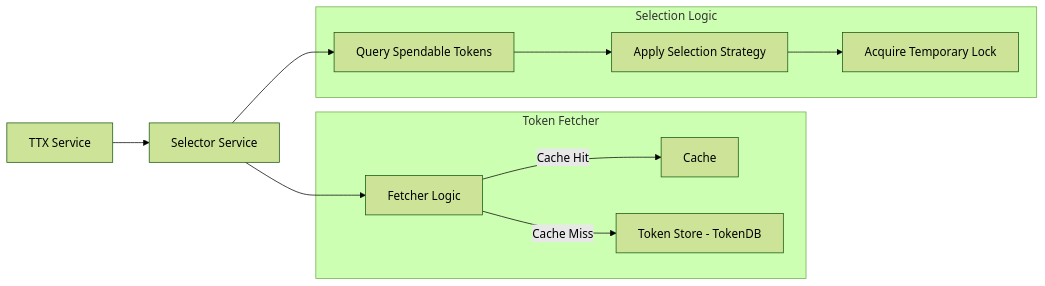
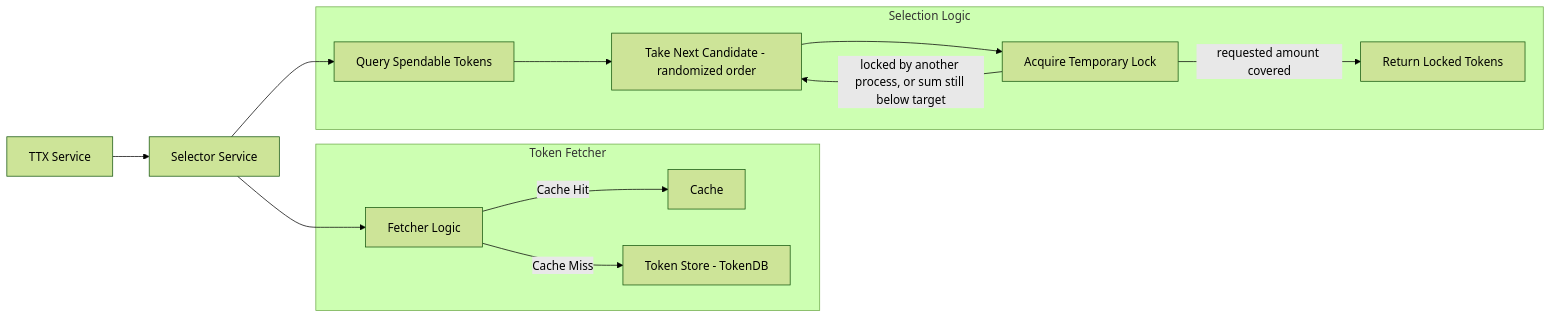
One commit to LFDT-Panurus/panurus changed the diagram in docs/services/selector.md. Above: the diagram before and after it, drawn with Mermaid (forest theme). The commit also changed other lines of this file and 1 other file, not shown here.

First line of the commit message:
docs(selector): describe the actual selection algorithm

````diff
--- a/docs/services/selector.md
+++ b/docs/services/selector.md
@@ -16,21 +16,24 @@
 ```mermaid
 graph LR
     TTX[TTX Service] --> Selector[Selector Service]
     
     subgraph "Token Fetcher"
         Fetcher[Fetcher Logic]
         Fetcher -->|Cache Hit| Cache[Cache]
         Fetcher -->|Cache Miss| TokenDB[Token Store - TokenDB]
     end
     
     subgraph "Selection Logic"
         Query[Query Spendable Tokens]
-        Strategy[Apply Selection Strategy]
+        Pick[Take Next Candidate - randomized order]
         Lock[Acquire Temporary Lock]
+        Done[Return Locked Tokens]
     end
     
     Selector --> Fetcher
     Selector --> Query
-    Query --> Strategy
-    Strategy --> Lock
+    Query --> Pick
+    Pick --> Lock
+    Lock -->|locked by another process, or sum still below target| Pick
+    Lock -->|requested amount covered| Done
 ```
````
